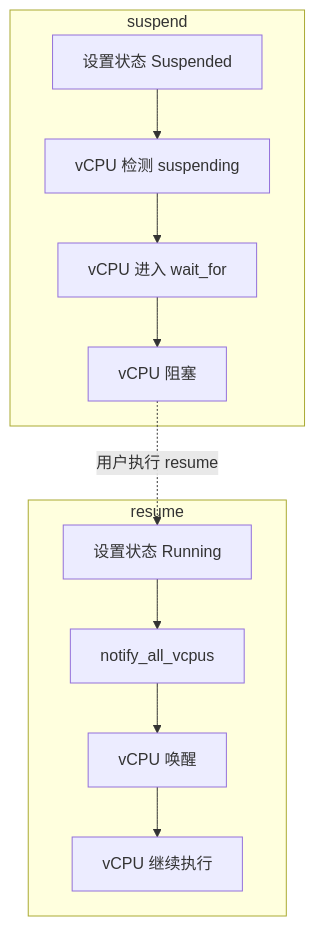
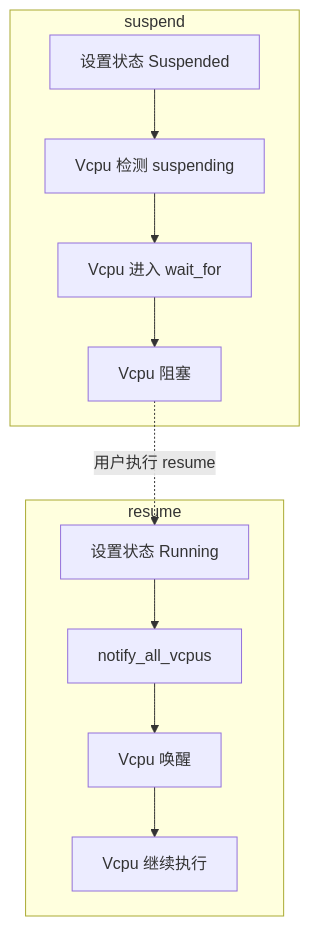
One commit to arceos-hypervisor/axvisorbook changed the ninth of 13 diagrams in docs/design/guest/manager/shell-commands.md. Above: the diagram before and after it, drawn with Mermaid. The commit also changed other lines of this file and 6 other files, not shown here.

````diff
--- a/docs/design/guest/manager/shell-commands.md
+++ b/docs/design/guest/manager/shell-commands.md
@@ -445,22 +445,22 @@
 ```mermaid
 flowchart TB
     subgraph suspend
         S1[设置状态 Suspended]
-        S2[vCPU 检测 suspending]
-        S3[vCPU 进入 wait_for]
-        S4[vCPU 阻塞]
+        S2[Vcpu 检测 suspending]
+        S3[Vcpu 进入 wait_for]
+        S4[Vcpu 阻塞]
 
         S1 --> S2 --> S3 --> S4
     end
 
     subgraph resume
         R1[设置状态 Running]
         R2[notify_all_vcpus]
-        R3[vCPU 唤醒]
-        R4[vCPU 继续执行]
+        R3[Vcpu 唤醒]
+        R4[Vcpu 继续执行]
 
         R1 --> R2 --> R3 --> R4
     end
 
     S4 -.->|用户执行 resume| R1
 ```
````
